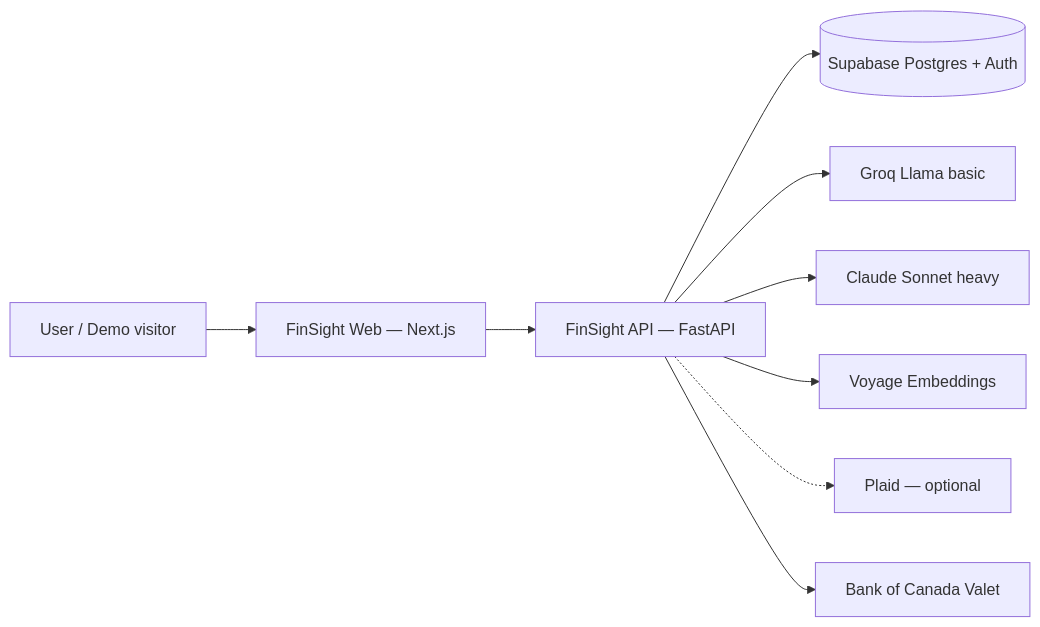
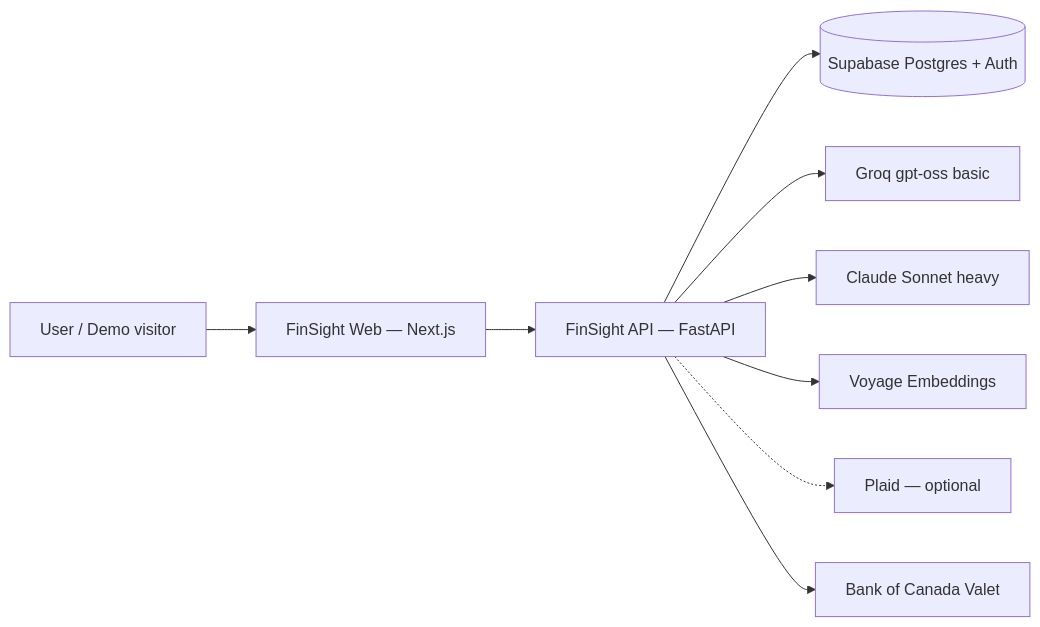
Before and after one commit to Arsalan-05/FinSight_AI: the diagram in docs/architecture.md, drawn with Mermaid. The commit also changed other lines of this file and 27 other files, not shown here.

````diff
--- a/docs/architecture.md
+++ b/docs/architecture.md
@@ -9,20 +9,20 @@
 ```mermaid
 flowchart LR
     User[User / Demo visitor]
     Web[FinSight Web — Next.js]
     API[FinSight API — FastAPI]
     SB[(Supabase Postgres + Auth)]
-    Groq[Groq Llama basic]
+    Groq[Groq gpt-oss basic]
     Claude[Claude Sonnet heavy]
     Voyage[Voyage Embeddings]
     Plaid[Plaid — optional]
     BoC[Bank of Canada Valet]
 
     User --> Web --> API
     API --> SB
     API --> Groq
     API --> Claude
     API --> Voyage
     API -.-> Plaid
     API --> BoC
 ```
````
